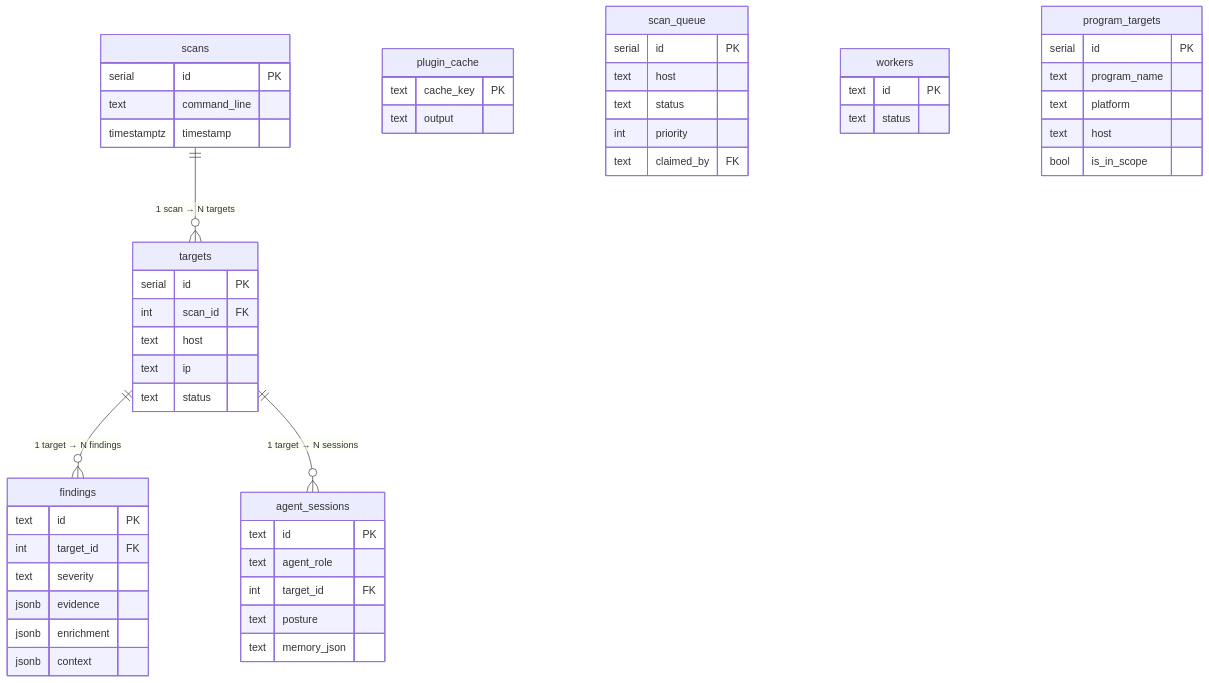
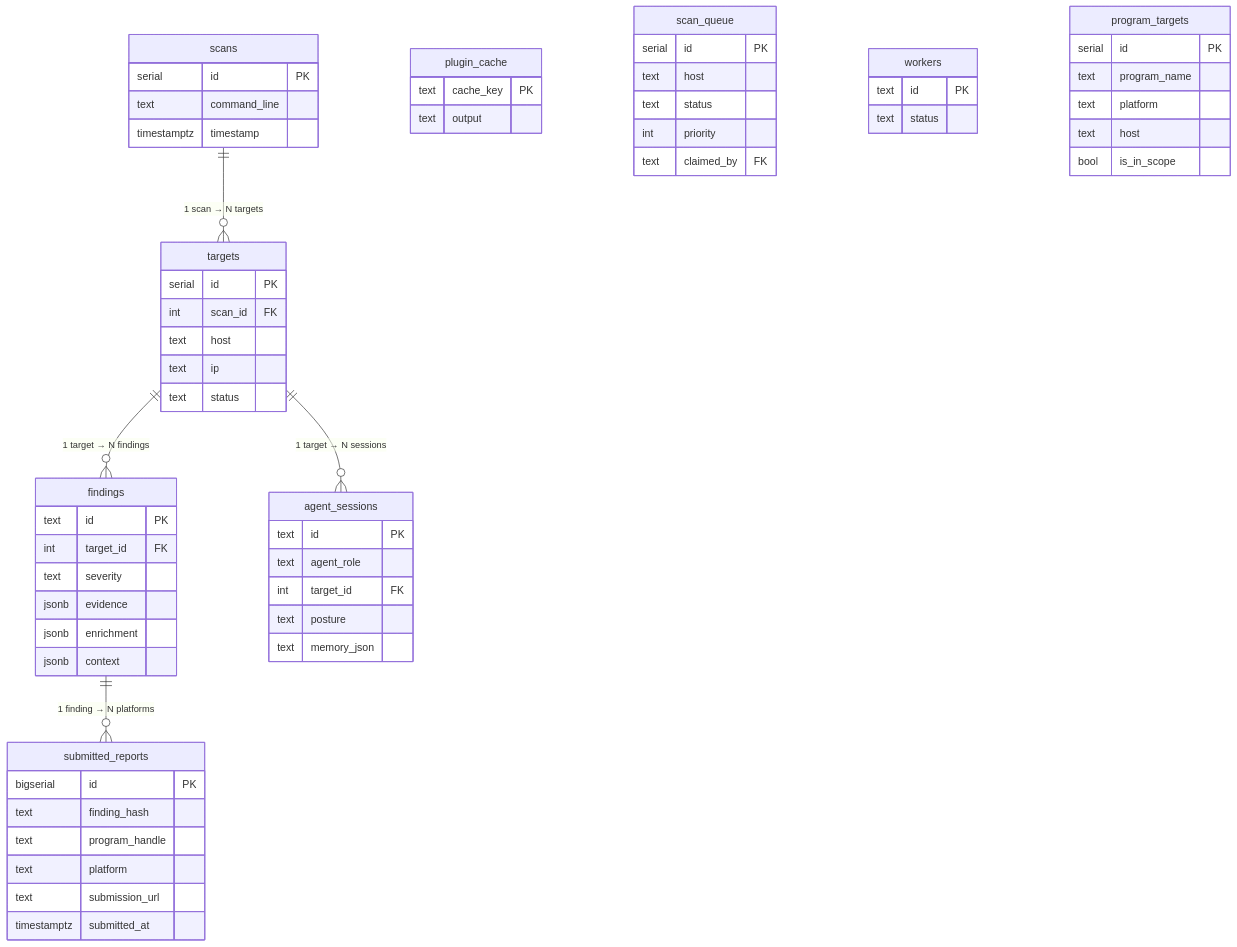
One commit to kripiman/OsintUltimate changed the eighth of 9 diagrams in redteam_rust_core/DOCS/ARCHITECTURE.md. Above: the diagram before and after it, drawn with Mermaid. The commit also changed other lines of this file and 38 other files, not shown here.

````diff
--- a/redteam_rust_core/DOCS/ARCHITECTURE.md
+++ b/redteam_rust_core/DOCS/ARCHITECTURE.md
@@ -248,56 +253,65 @@
 ```mermaid
 erDiagram
     scans ||--o{ targets : "1 scan → N targets"
     targets ||--o{ findings : "1 target → N findings"
     targets ||--o{ agent_sessions : "1 target → N sessions"
+    findings ||--o{ submitted_reports : "1 finding → N platforms"
 
     scans {
         serial id PK
         text command_line
         timestamptz timestamp
     }
     targets {
         serial id PK
         int scan_id FK
         text host
         text ip
         text status
     }
     findings {
         text id PK
         int target_id FK
         text severity
         jsonb evidence
         jsonb enrichment
         jsonb context
     }
     agent_sessions {
         text id PK
         text agent_role
         int target_id FK
         text posture
         text memory_json
     }
+    submitted_reports {
+        bigserial id PK
+        text finding_hash
+        text program_handle
+        text platform
+        text submission_url
+        timestamptz submitted_at
+    }
     plugin_cache {
         text cache_key PK
         text output
     }
     scan_queue {
         serial id PK
         text host
         text status
         int priority
         text claimed_by FK
     }
     workers {
         text id PK
         text status
     }
     program_targets {
         serial id PK
         text program_name
         text platform
         text host
         bool is_in_scope
     }
 ```
````
